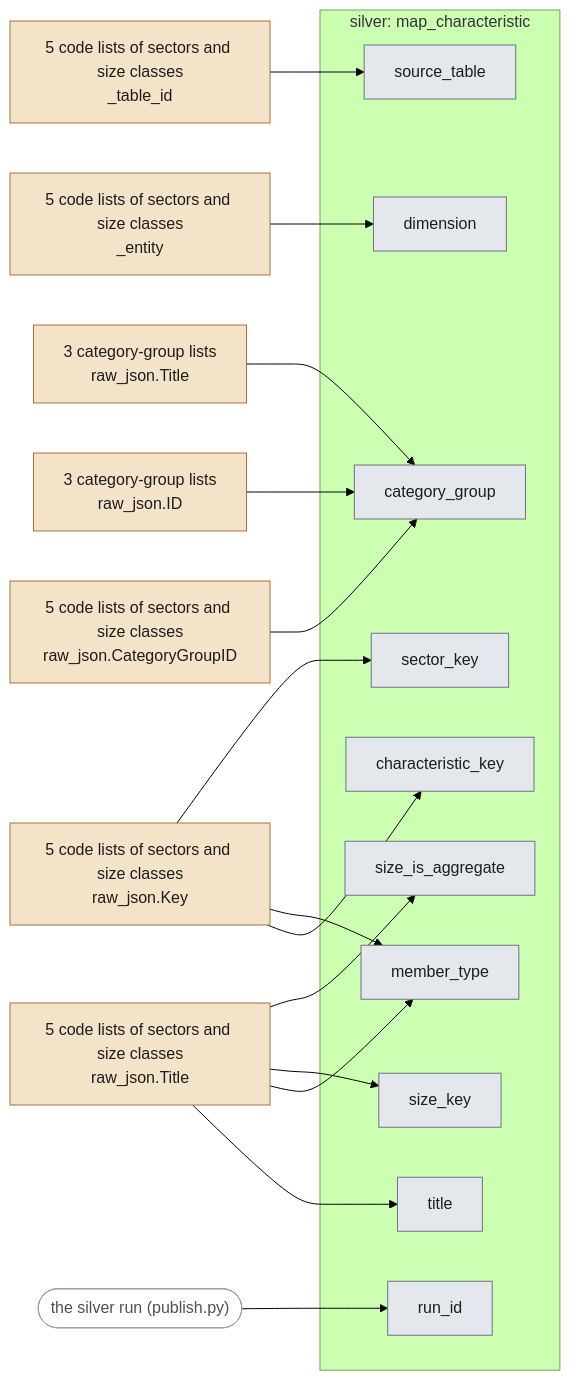
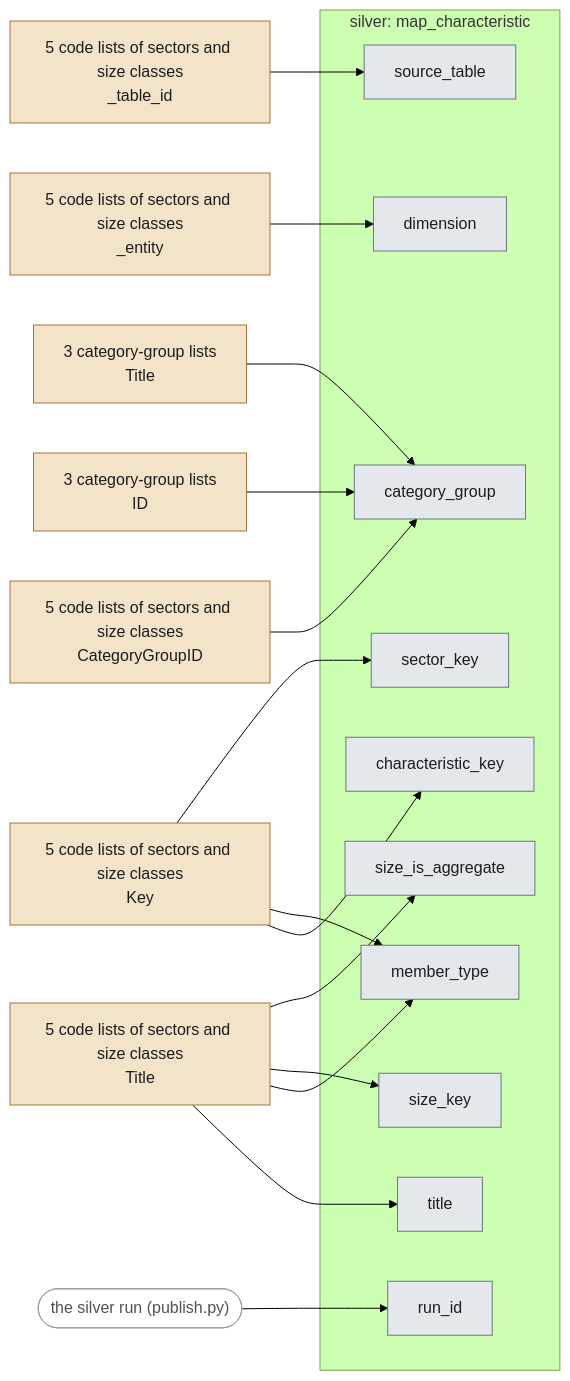
One commit to stefancodecommit/AOV_Lakehouse changed the second of 13 diagrams in docs/lineage.md. Above: the diagram before and after it, drawn with Mermaid (forest theme). The commit also changed other lines of this file and 12 other files, not shown here.

First line of the commit message:
Structured CBS bronze: a column per field next to raw_json

````diff
--- a/docs/lineage.md
+++ b/docs/lineage.md
@@ -108,40 +108,40 @@
 ```mermaid
 flowchart LR
+  n_src_80072ned_bedrijfskenmerkensbi2008_81589ned_bedrijfstakkenbranchessbi2008_81644ned_bedrijfstakkenbranchessbi2008_83130ned_bedrijfskenmerken_86009ned_bedrijfskenmerken_CategoryGroupID["5 code lists of sectors and size classes<br/>CategoryGroupID"]:::bronze
+  n_src_80072ned_bedrijfskenmerkensbi2008_81589ned_bedrijfstakkenbranchessbi2008_81644ned_bedrijfstakkenbranchessbi2008_83130ned_bedrijfskenmerken_86009ned_bedrijfskenmerken_Key["5 code lists of sectors and size classes<br/>Key"]:::bronze
+  n_src_80072ned_bedrijfskenmerkensbi2008_81589ned_bedrijfstakkenbranchessbi2008_81644ned_bedrijfstakkenbranchessbi2008_83130ned_bedrijfskenmerken_86009ned_bedrijfskenmerken_Title["5 code lists of sectors and size classes<br/>Title"]:::bronze
   n_src_80072ned_bedrijfskenmerkensbi2008_81589ned_bedrijfstakkenbranchessbi2008_81644ned_bedrijfstakkenbranchessbi2008_83130ned_bedrijfskenmerken_86009ned_bedrijfskenmerken__entity["5 code lists of sectors and size classes<br/>_entity"]:::bronze
   n_src_80072ned_bedrijfskenmerkensbi2008_81589ned_bedrijfstakkenbranchessbi2008_81644ned_bedrijfstakkenbranchessbi2008_83130ned_bedrijfskenmerken_86009ned_bedrijfskenmerken__table_id["5 code lists of sectors and size classes<br/>_table_id"]:::bronze
-  n_src_80072ned_bedrijfskenmerkensbi2008_81589ned_bedrijfstakkenbranchessbi2008_81644ned_bedrijfstakkenbranchessbi2008_83130ned_bedrijfskenmerken_86009ned_bedrijfskenmerken_raw_json_CategoryGroupID["5 code lists of sectors and size classes<br/>raw_json.CategoryGroupID"]:::bronze
-  n_src_80072ned_bedrijfskenmerkensbi2008_81589ned_bedrijfstakkenbranchessbi2008_81644ned_bedrijfstakkenbranchessbi2008_83130ned_bedrijfskenmerken_86009ned_bedrijfskenmerken_raw_json_Key["5 code lists of sectors and size classes<br/>raw_json.Key"]:::bronze
-  n_src_80072ned_bedrijfskenmerkensbi2008_81589ned_bedrijfstakkenbranchessbi2008_81644ned_bedrijfstakkenbranchessbi2008_83130ned_bedrijfskenmerken_86009ned_bedrijfskenmerken_raw_json_Title["5 code lists of sectors and size classes<br/>raw_json.Title"]:::bronze
-  n_src_80072ned_categorygroups_83130ned_categorygroups_86009ned_categorygroups_raw_json_ID["3 category-group lists<br/>raw_json.ID"]:::bronze
-  n_src_80072ned_categorygroups_83130ned_categorygroups_86009ned_categorygroups_raw_json_Title["3 category-group lists<br/>raw_json.Title"]:::bronze
+  n_src_80072ned_categorygroups_83130ned_categorygroups_86009ned_categorygroups_ID["3 category-group lists<br/>ID"]:::bronze
+  n_src_80072ned_categorygroups_83130ned_categorygroups_86009ned_categorygroups_Title["3 category-group lists<br/>Title"]:::bronze
   run(["the silver run (publish.py)"]):::run
   subgraph n_tbl_map_characteristic["silver: map_characteristic"]
     n_col_source_table["source_table"]:::silver
     n_col_dimension["dimension"]:::silver
     n_col_characteristic_key["characteristic_key"]:::silver
     n_col_title["title"]:::silver
     n_col_category_group["category_group"]:::silver
     n_col_member_type["member_type"]:::silver
     n_col_sector_key["sector_key"]:::silver
     n_col_size_key["size_key"]:::silver
     n_col_size_is_aggregate["size_is_aggregate"]:::silver
     n_col_run_id["run_id"]:::silver
   end
   n_src_80072ned_bedrijfskenmerkensbi2008_81589ned_bedrijfstakkenbranchessbi2008_81644ned_bedrijfstakkenbranchessbi2008_83130ned_bedrijfskenmerken_86009ned_bedrijfskenmerken__table_id --> n_col_source_table
   n_src_80072ned_bedrijfskenmerkensbi2008_81589ned_bedrijfstakkenbranchessbi2008_81644ned_bedrijfstakkenbranchessbi2008_83130ned_bedrijfskenmerken_86009ned_bedrijfskenmerken__entity --> n_col_dimension
-  n_src_80072ned_bedrijfskenmerkensbi2008_81589ned_bedrijfstakkenbranchessbi2008_81644ned_bedrijfstakkenbranchessbi2008_83130ned_bedrijfskenmerken_86009ned_bedrijfskenmerken_raw_json_Key --> n_col_characteristic_key
-  n_src_80072ned_bedrijfskenmerkensbi2008_81589ned_bedrijfstakkenbranchessbi2008_81644ned_bedrijfstakkenbranchessbi2008_83130ned_bedrijfskenmerken_86009ned_bedrijfskenmerken_raw_json_Title --> n_col_title
-  n_src_80072ned_bedrijfskenmerkensbi2008_81589ned_bedrijfstakkenbranchessbi2008_81644ned_bedrijfstakkenbranchessbi2008_83130ned_bedrijfskenmerken_86009ned_bedrijfskenmerken_raw_json_CategoryGroupID --> n_col_category_group
-  n_src_80072ned_categorygroups_83130ned_categorygroups_86009ned_categorygroups_raw_json_ID --> n_col_category_group
-  n_src_80072ned_categorygroups_83130ned_categorygroups_86009ned_categorygroups_raw_json_Title --> n_col_category_group
-  n_src_80072ned_bedrijfskenmerkensbi2008_81589ned_bedrijfstakkenbranchessbi2008_81644ned_bedrijfstakkenbranchessbi2008_83130ned_bedrijfskenmerken_86009ned_bedrijfskenmerken_raw_json_Key --> n_col_member_type
-  n_src_80072ned_bedrijfskenmerkensbi2008_81589ned_bedrijfstakkenbranchessbi2008_81644ned_bedrijfstakkenbranchessbi2008_83130ned_bedrijfskenmerken_86009ned_bedrijfskenmerken_raw_json_Title --> n_col_member_type
-  n_src_80072ned_bedrijfskenmerkensbi2008_81589ned_bedrijfstakkenbranchessbi2008_81644ned_bedrijfstakkenbranchessbi2008_83130ned_bedrijfskenmerken_86009ned_bedrijfskenmerken_raw_json_Key --> n_col_sector_key
-  n_src_80072ned_bedrijfskenmerkensbi2008_81589ned_bedrijfstakkenbranchessbi2008_81644ned_bedrijfstakkenbranchessbi2008_83130ned_bedrijfskenmerken_86009ned_bedrijfskenmerken_raw_json_Title --> n_col_size_key
-  n_src_80072ned_bedrijfskenmerkensbi2008_81589ned_bedrijfstakkenbranchessbi2008_81644ned_bedrijfstakkenbranchessbi2008_83130ned_bedrijfskenmerken_86009ned_bedrijfskenmerken_raw_json_Title --> n_col_size_is_aggregate
+  n_src_80072ned_bedrijfskenmerkensbi2008_81589ned_bedrijfstakkenbranchessbi2008_81644ned_bedrijfstakkenbranchessbi2008_83130ned_bedrijfskenmerken_86009ned_bedrijfskenmerken_Key --> n_col_characteristic_key
+  n_src_80072ned_bedrijfskenmerkensbi2008_81589ned_bedrijfstakkenbranchessbi2008_81644ned_bedrijfstakkenbranchessbi2008_83130ned_bedrijfskenmerken_86009ned_bedrijfskenmerken_Title --> n_col_title
+  n_src_80072ned_bedrijfskenmerkensbi2008_81589ned_bedrijfstakkenbranchessbi2008_81644ned_bedrijfstakkenbranchessbi2008_83130ned_bedrijfskenmerken_86009ned_bedrijfskenmerken_CategoryGroupID --> n_col_category_group
+  n_src_80072ned_categorygroups_83130ned_categorygroups_86009ned_categorygroups_ID --> n_col_category_group
+  n_src_80072ned_categorygroups_83130ned_categorygroups_86009ned_categorygroups_Title --> n_col_category_group
+  n_src_80072ned_bedrijfskenmerkensbi2008_81589ned_bedrijfstakkenbranchessbi2008_81644ned_bedrijfstakkenbranchessbi2008_83130ned_bedrijfskenmerken_86009ned_bedrijfskenmerken_Key --> n_col_member_type
+  n_src_80072ned_bedrijfskenmerkensbi2008_81589ned_bedrijfstakkenbranchessbi2008_81644ned_bedrijfstakkenbranchessbi2008_83130ned_bedrijfskenmerken_86009ned_bedrijfskenmerken_Title --> n_col_member_type
+  n_src_80072ned_bedrijfskenmerkensbi2008_81589ned_bedrijfstakkenbranchessbi2008_81644ned_bedrijfstakkenbranchessbi2008_83130ned_bedrijfskenmerken_86009ned_bedrijfskenmerken_Key --> n_col_sector_key
+  n_src_80072ned_bedrijfskenmerkensbi2008_81589ned_bedrijfstakkenbranchessbi2008_81644ned_bedrijfstakkenbranchessbi2008_83130ned_bedrijfskenmerken_86009ned_bedrijfskenmerken_Title --> n_col_size_key
+  n_src_80072ned_bedrijfskenmerkensbi2008_81589ned_bedrijfstakkenbranchessbi2008_81644ned_bedrijfstakkenbranchessbi2008_83130ned_bedrijfskenmerken_86009ned_bedrijfskenmerken_Title --> n_col_size_is_aggregate
   run --> n_col_run_id
   classDef bronze fill:#f3e3c9,stroke:#a8743a,color:#1d1d1d
   classDef silver fill:#e4e7ec,stroke:#6b7480,color:#1d1d1d
   classDef silverref fill:#f2f3f5,stroke:#9aa1ab,stroke-dasharray:4 3,color:#1d1d1d
   classDef run fill:#ffffff,stroke:#9aa1ab,color:#52514e
 ```
````
